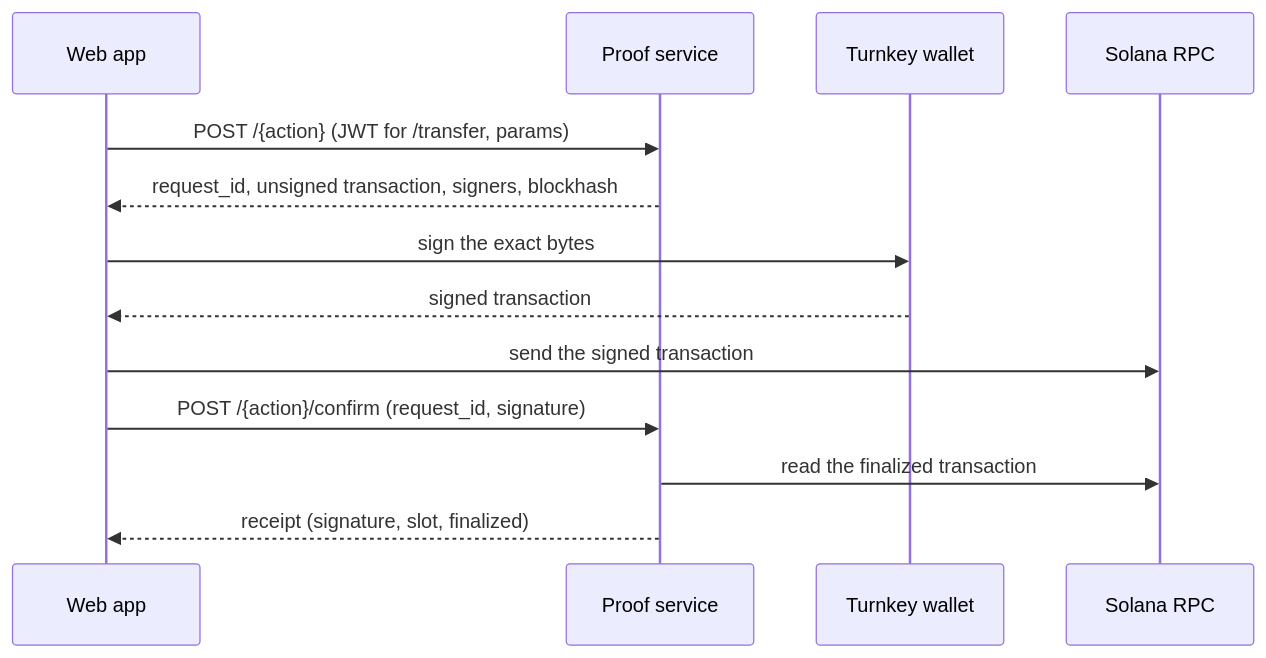
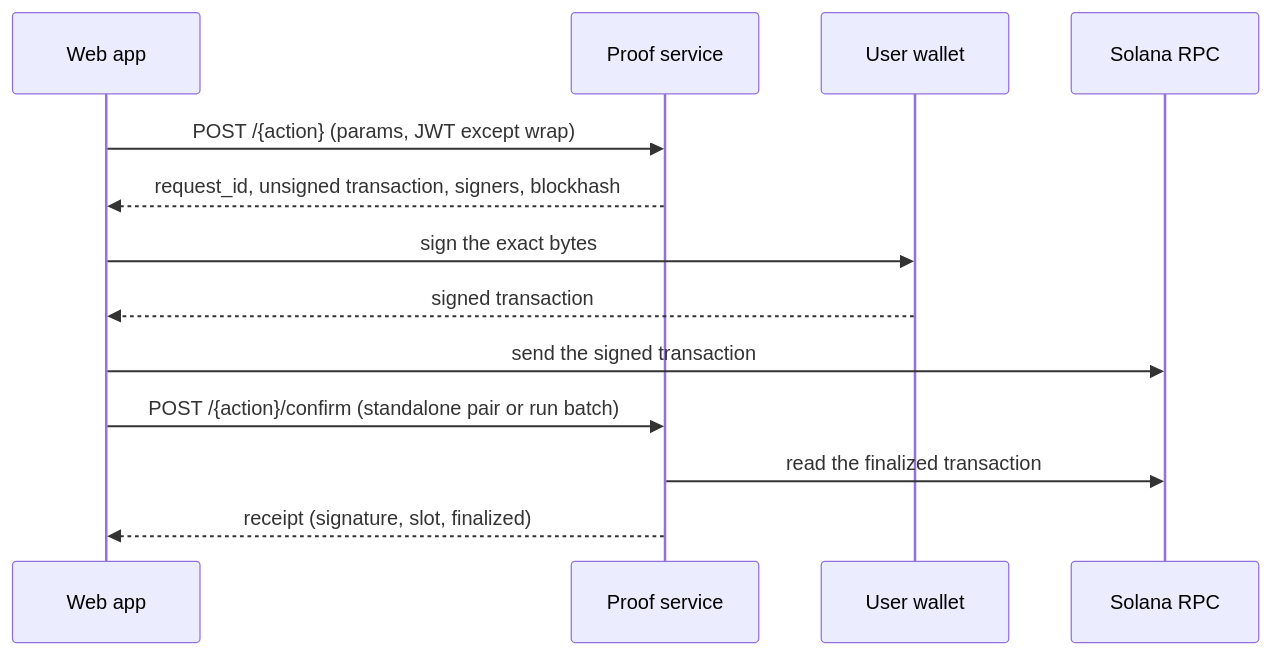
Before and after one commit to Dnreikronos/cadence: the diagram in docs/dev/API_CONTRACT.md, drawn with Mermaid. The commit also changed other lines of this file and 9 other files, not shown here.

````diff
--- a/docs/dev/API_CONTRACT.md
+++ b/docs/dev/API_CONTRACT.md
@@ -256,15 +362,15 @@
 ```mermaid
 sequenceDiagram
   participant W as Web app
   participant S as Proof service
-  participant T as Turnkey wallet
+  participant T as User wallet
   participant C as Solana RPC
-  W->>S: POST /{action} (JWT for /transfer, params)
+  W->>S: POST /{action} (params, JWT except wrap)
   S-->>W: request_id, unsigned transaction, signers, blockhash
   W->>T: sign the exact bytes
   T-->>W: signed transaction
   W->>C: send the signed transaction
-  W->>S: POST /{action}/confirm (request_id, signature)
+  W->>S: POST /{action}/confirm (standalone pair or run batch)
   S->>C: read the finalized transaction
   S-->>W: receipt (signature, slot, finalized)
 ```
````
